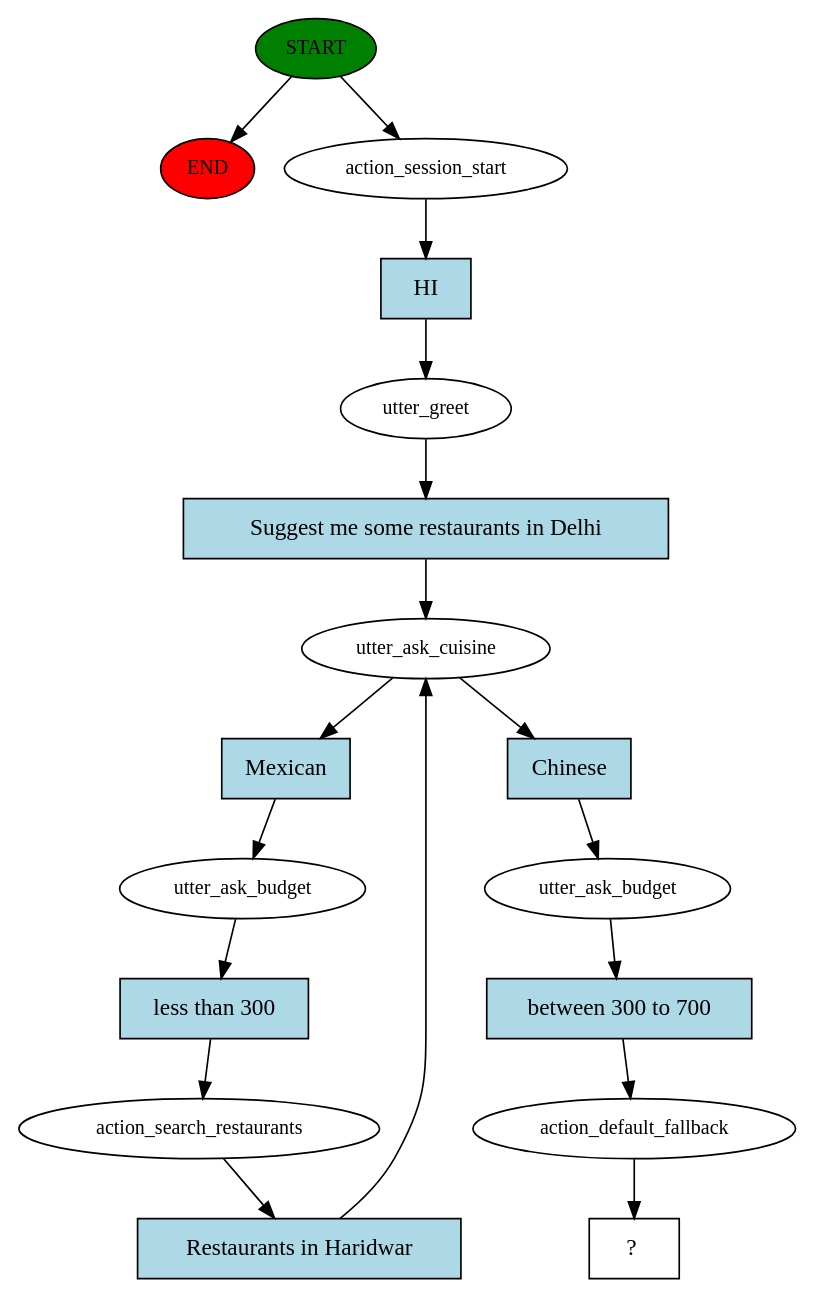
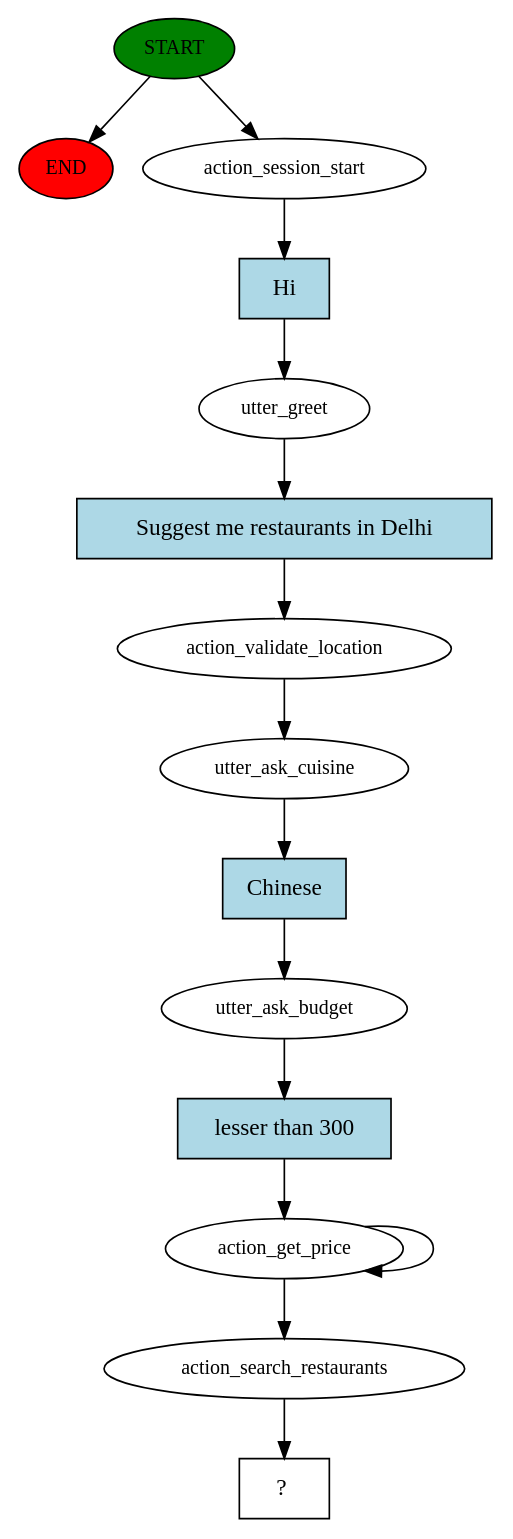
The diagram in story_graph.dot (pandeyvaibhav/RasaFoodieRobi), drawn with Graphviz before and after one commit. The commit also changed 6 other files, not shown here.

Commit message:
baselining code after fixing budget and price selection

```diff
--- a/story_graph.dot
+++ b/story_graph.dot
@@ -1,36 +1,30 @@
 digraph  {
 0 [class="start active", fillcolor=green, fontsize=12, label=START, style=filled];
 "-1" [class=end, fillcolor=red, fontsize=12, label=END, style=filled];
 1 [class=active, fontsize=12, label=action_session_start];
 2 [class=active, fontsize=12, label=utter_greet];
-3 [class=active, fontsize=12, label=utter_ask_cuisine];
-4 [class=active, fontsize=12, label=utter_ask_budget];
-5 [class=active, fontsize=12, label=action_search_restaurants];
-7 [class=active, fontsize=12, label=utter_ask_budget];
-8 [class=active, fontsize=12, label=action_default_fallback];
-9 [class="intent dashed active", label="  ?  ", shape=rect];
-10 [class="intent active", fillcolor=lightblue, label=HI, shape=rect, style=filled];
-11 [class="intent active", fillcolor=lightblue, label="Suggest me some restaurants in Delhi", shape=rect, style=filled];
-12 [class="intent active", fillcolor=lightblue, label=Mexican, shape=rect, style=filled];
+3 [class=active, fontsize=12, label=action_validate_location];
+4 [class=active, fontsize=12, label=utter_ask_cuisine];
+5 [class=active, fontsize=12, label=utter_ask_budget];
+6 [class=active, fontsize=12, label=action_get_price];
+9 [class=active, fontsize=12, label=action_search_restaurants];
+10 [class="intent dashed active", label="  ?  ", shape=rect];
+11 [class="intent active", fillcolor=lightblue, label=Hi, shape=rect, style=filled];
+12 [class="intent active", fillcolor=lightblue, label="Suggest me restaurants in Delhi", shape=rect, style=filled];
 13 [class="intent active", fillcolor=lightblue, label=Chinese, shape=rect, style=filled];
-14 [class="intent active", fillcolor=lightblue, label="less than 300", shape=rect, style=filled];
-15 [class="intent active", fillcolor=lightblue, label="Restaurants in Haridwar", shape=rect, style=filled];
-16 [class="intent active", fillcolor=lightblue, label="between 300 to 700", shape=rect, style=filled];
+14 [class="intent active", fillcolor=lightblue, label="lesser than 300", shape=rect, style=filled];
 0 -> "-1"  [class="", key=NONE, label=""];
 0 -> 1  [class=active, key=NONE, label=""];
-1 -> 10  [class=active, key=0];
-2 -> 11  [class=active, key=0];
-3 -> 12  [class=active, key=0];
-3 -> 13  [class=active, key=0];
-4 -> 14  [class=active, key=0];
-5 -> 15  [class=active, key=0];
-7 -> 16  [class=active, key=0];
-8 -> 9  [class=active, key=NONE, label=""];
-10 -> 2  [class=active, key=0];
-11 -> 3  [class=active, key=0];
-12 -> 4  [class=active, key=0];
-13 -> 7  [class=active, key=0];
-14 -> 5  [class=active, key=0];
-15 -> 3  [class=active, key=0];
-16 -> 8  [class=active, key=0];
+1 -> 11  [class=active, key=0];
+2 -> 12  [class=active, key=0];
+3 -> 4  [class=active, key=NONE, label=""];
+4 -> 13  [class=active, key=0];
+5 -> 14  [class=active, key=0];
+6 -> 6  [class=active, key=NONE, label=""];
+6 -> 9  [class=active, key=NONE, label=""];
+9 -> 10  [class=active, key=NONE, label=""];
+11 -> 2  [class=active, key=0];
+12 -> 3  [class=active, key=0];
+13 -> 5  [class=active, key=0];
+14 -> 6  [class=active, key=0];
 }
```
